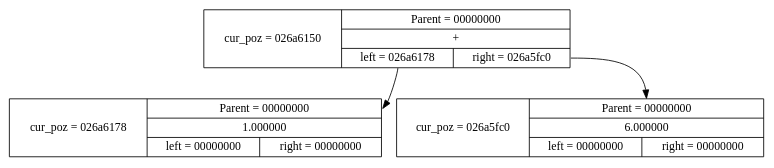
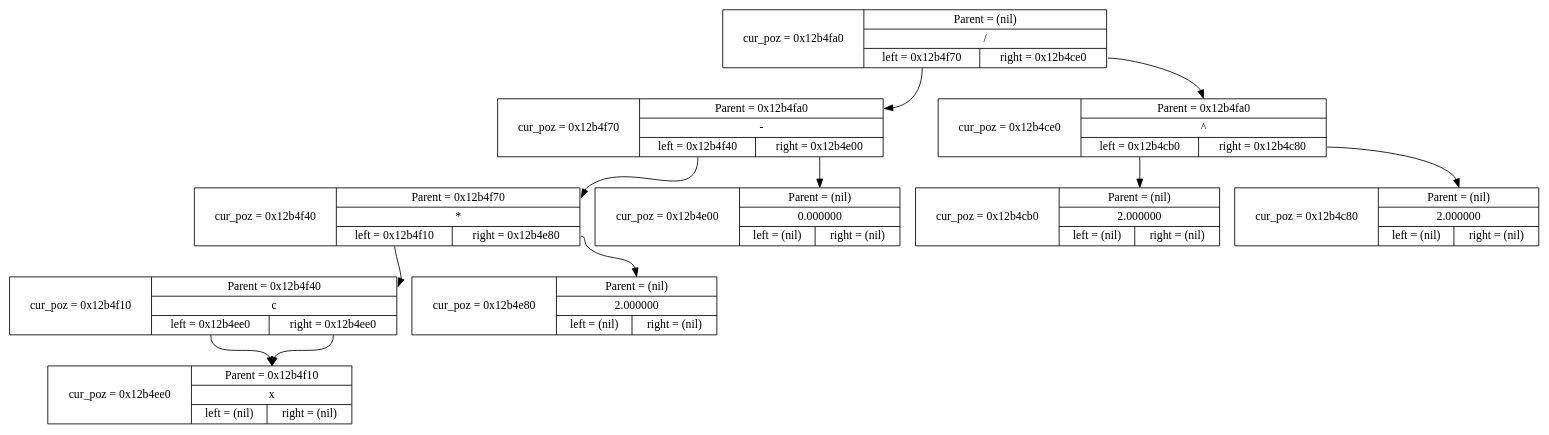
One commit to Voikgrib/Diff changed the diagram in dump.dot. Above: the diagram before and after it, drawn with Graphviz. The commit also changed 4 other files, not shown here.

```diff
--- a/dump.dot
+++ b/dump.dot
@@ -1,8 +1,24 @@
 digraph list {
 	node [shape = record];
-	node026a6178 [label = "cur_poz = 026a6178|{<f0> Parent = 00000000 | <f1> 1.000000 |{<f2> left = 00000000 | <f3> right = 00000000 }}"];
-	node026a6150 [label = "cur_poz = 026a6150|{<f0> Parent = 00000000 | <f1> + |{<f2> left = 026a6178 | <f3> right = 026a5fc0 }}"];
-	node026a5fc0 [label = "cur_poz = 026a5fc0|{<f0> Parent = 00000000 | <f1> 6.000000 |{<f2> left = 00000000 | <f3> right = 00000000 }}"];
-	"node026a6150":f2 -> "node026a6178":f0;
-	"node026a6150":f3 -> "node026a5fc0":f0;
+	node0x12b4ee0 [label = "cur_poz = 0x12b4ee0|{<f0> Parent = 0x12b4f10 | <f1> x |{<f2> left = (nil) | <f3> right = (nil) }}"];
+	node0x12b4f10 [label = "cur_poz = 0x12b4f10|{<f0> Parent = 0x12b4f40 | <f1> c |{<f2> left = 0x12b4ee0 | <f3> right = 0x12b4ee0 }}"];
+	node0x12b4ee0 [label = "cur_poz = 0x12b4ee0|{<f0> Parent = 0x12b4f10 | <f1> x |{<f2> left = (nil) | <f3> right = (nil) }}"];
+	node0x12b4f40 [label = "cur_poz = 0x12b4f40|{<f0> Parent = 0x12b4f70 | <f1> * |{<f2> left = 0x12b4f10 | <f3> right = 0x12b4e80 }}"];
+	node0x12b4e80 [label = "cur_poz = 0x12b4e80|{<f0> Parent = (nil) | <f1> 2.000000 |{<f2> left = (nil) | <f3> right = (nil) }}"];
+	node0x12b4f70 [label = "cur_poz = 0x12b4f70|{<f0> Parent = 0x12b4fa0 | <f1> - |{<f2> left = 0x12b4f40 | <f3> right = 0x12b4e00 }}"];
+	node0x12b4e00 [label = "cur_poz = 0x12b4e00|{<f0> Parent = (nil) | <f1> 0.000000 |{<f2> left = (nil) | <f3> right = (nil) }}"];
+	node0x12b4fa0 [label = "cur_poz = 0x12b4fa0|{<f0> Parent = (nil) | <f1> / |{<f2> left = 0x12b4f70 | <f3> right = 0x12b4ce0 }}"];
+	node0x12b4cb0 [label = "cur_poz = 0x12b4cb0|{<f0> Parent = (nil) | <f1> 2.000000 |{<f2> left = (nil) | <f3> right = (nil) }}"];
+	node0x12b4ce0 [label = "cur_poz = 0x12b4ce0|{<f0> Parent = 0x12b4fa0 | <f1> ^ |{<f2> left = 0x12b4cb0 | <f3> right = 0x12b4c80 }}"];
+	node0x12b4c80 [label = "cur_poz = 0x12b4c80|{<f0> Parent = (nil) | <f1> 2.000000 |{<f2> left = (nil) | <f3> right = (nil) }}"];
+	"node0x12b4f10":f2 -> "node0x12b4ee0":f0;
+	"node0x12b4f10":f3 -> "node0x12b4ee0":f0;
+	"node0x12b4f40":f2 -> "node0x12b4f10":f0;
+	"node0x12b4f40":f3 -> "node0x12b4e80":f0;
+	"node0x12b4f70":f2 -> "node0x12b4f40":f0;
+	"node0x12b4f70":f3 -> "node0x12b4e00":f0;
+	"node0x12b4fa0":f2 -> "node0x12b4f70":f0;
+	"node0x12b4fa0":f3 -> "node0x12b4ce0":f0;
+	"node0x12b4ce0":f2 -> "node0x12b4cb0":f0;
+	"node0x12b4ce0":f3 -> "node0x12b4c80":f0;
 }
```
